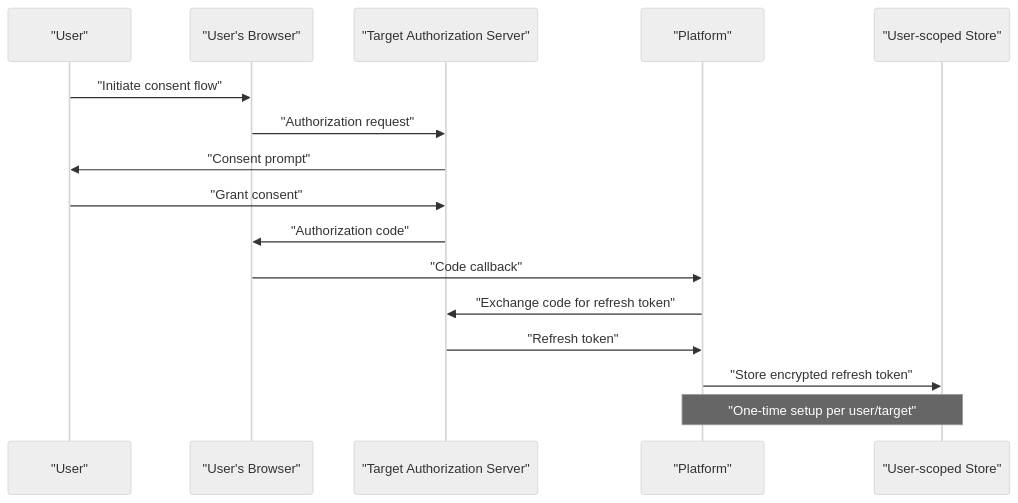
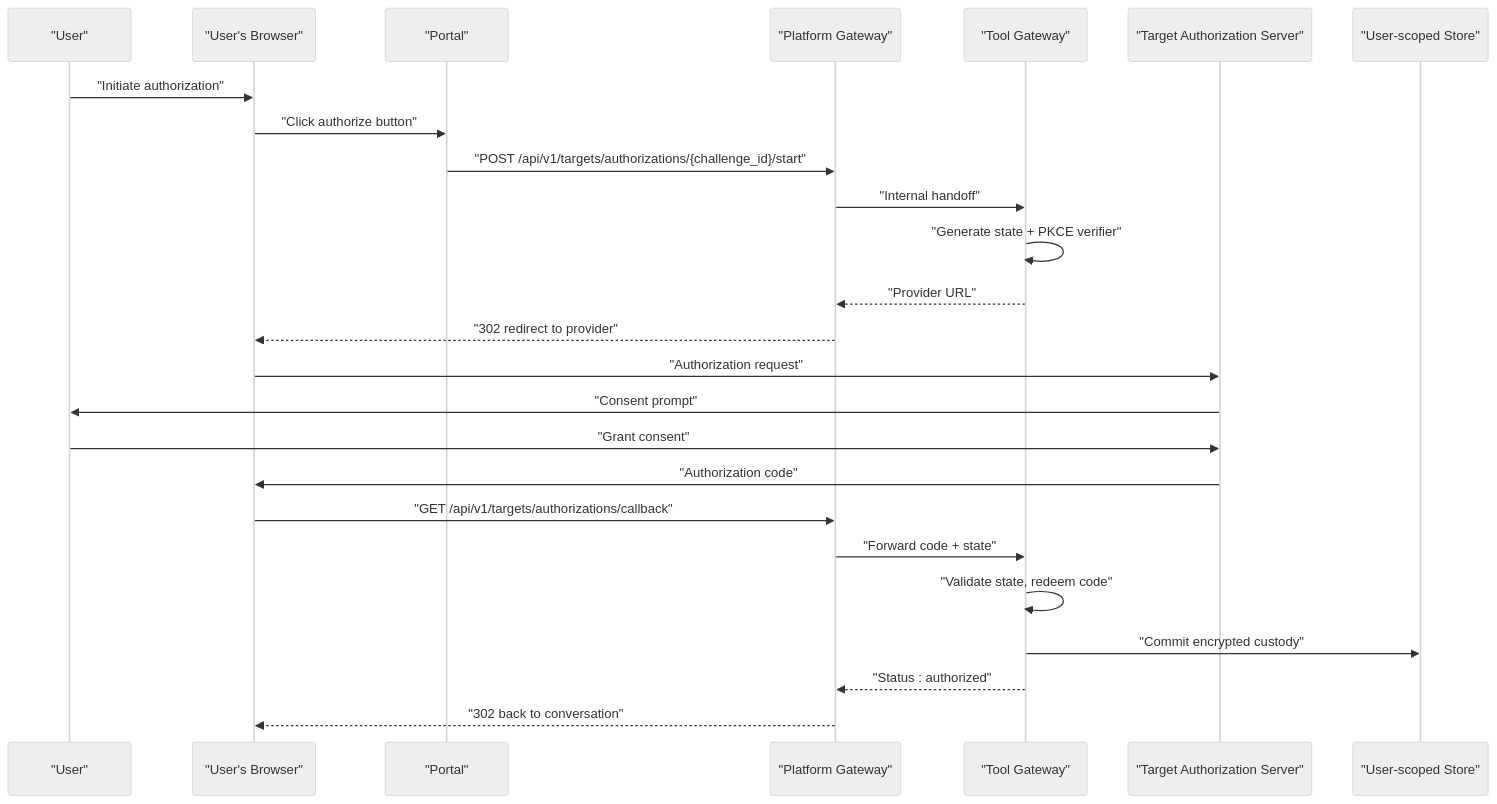
One commit to metasync/luban-aiops changed the sixth of 8 diagrams in .qoder/repowiki/en/content/Shared Contracts/SPEC-070_ Outbound User-Delegated Identity.md. Above: the diagram before and after it, drawn with Mermaid (neutral theme). The commit also changed other lines of this file and 24 other files, not shown here.

````diff
--- a/.qoder/repowiki/en/content/Shared Contracts/SPEC-070_ Outbound User-Delegated Identity.md
+++ b/.qoder/repowiki/en/content/Shared Contracts/SPEC-070_ Outbound User-Delegated Identity.md
@@ -326,18 +324,27 @@
 ```mermaid
 sequenceDiagram
 participant User as "User"
 participant Browser as "User's Browser"
+participant Portal as "Portal"
+participant Platform as "Platform Gateway"
+participant ToolGW as "Tool Gateway"
 participant Target as "Target Authorization Server"
-participant Platform as "Platform"
 participant Store as "User-scoped Store"
-User->>Browser : "Initiate consent flow"
+User->>Browser : "Initiate authorization"
+Browser->>Portal : "Click authorize button"
+Portal->>Platform : "POST /api/v1/targets/authorizations/{challenge_id}/start"
+Platform->>ToolGW : "Internal handoff"
+ToolGW->>ToolGW : "Generate state + PKCE verifier"
+ToolGW-->>Platform : "Provider URL"
+Platform-->>Browser : "302 redirect to provider"
 Browser->>Target : "Authorization request"
 Target->>User : "Consent prompt"
 User->>Target : "Grant consent"
 Target->>Browser : "Authorization code"
-Browser->>Platform : "Code callback"
-Platform->>Target : "Exchange code for refresh token"
-Target->>Platform : "Refresh token"
-Platform->>Store : "Store encrypted refresh token"
-Note over Platform,Store : "One-time setup per user/target"
+Browser->>Platform : "GET /api/v1/targets/authorizations/callback"
+Platform->>ToolGW : "Forward code + state"
+ToolGW->>ToolGW : "Validate state, redeem code"
+ToolGW->>Store : "Commit encrypted custody"
+ToolGW-->>Platform : "Status : authorized"
+Platform-->>Browser : "302 back to conversation"
 ```
````
